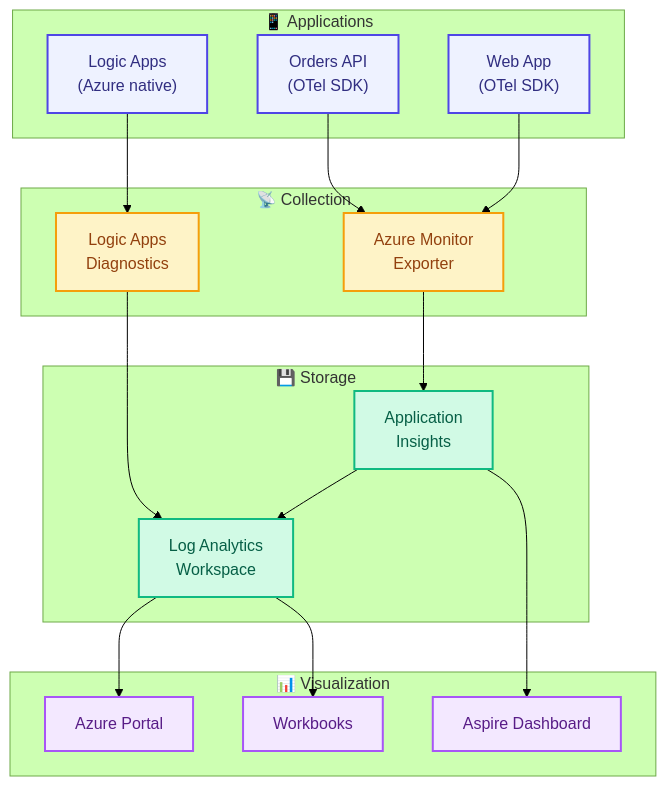
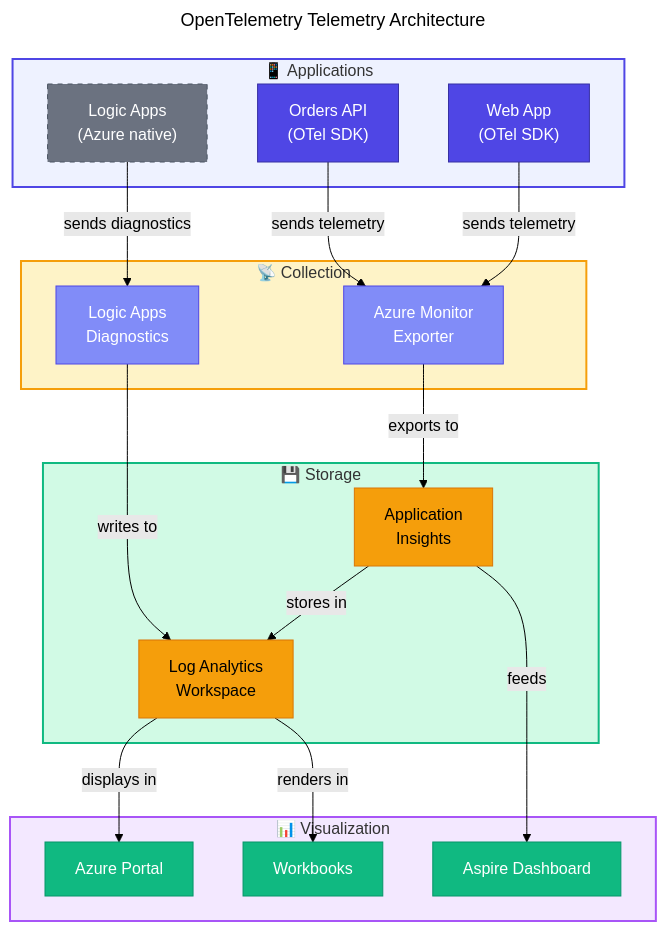
One commit to Evilazaro/Azure-LogicApps-Monitoring changed the diagram in docs/architecture/adr/ADR-003-observability-strategy.md. Above: the diagram before and after it, drawn with Mermaid (forest theme). The commit also changed 1 other file, not shown here.

Commit message:
docs: Enhance mermaid diagrams in observability strategy and solution architecture with improved titles, styling, and connections for better clarity and organization

````diff
--- a/docs/architecture/adr/ADR-003-observability-strategy.md
+++ b/docs/architecture/adr/ADR-003-observability-strategy.md
@@ -203,44 +203,63 @@
 ```mermaid
+---
+title: OpenTelemetry Telemetry Architecture
+---
 flowchart TB
+    %% ===== CLASS DEFINITIONS =====
+    classDef primary fill:#4F46E5,stroke:#3730A3,color:#FFFFFF
+    classDef secondary fill:#10B981,stroke:#059669,color:#FFFFFF
+    classDef datastore fill:#F59E0B,stroke:#D97706,color:#000000
+    classDef external fill:#6B7280,stroke:#4B5563,color:#FFFFFF,stroke-dasharray: 5 5
+    classDef failed fill:#F44336,stroke:#C62828,color:#FFFFFF
+    classDef trigger fill:#818CF8,stroke:#4F46E5,color:#FFFFFF
+    classDef decision fill:#FFFBEB,stroke:#F59E0B,color:#000000
+    classDef input fill:#F3F4F6,stroke:#6B7280,color:#000000
+
+    %% ===== APPLICATIONS LAYER =====
     subgraph Apps["📱 Applications"]
         API["Orders API<br/>(OTel SDK)"]
         Web["Web App<br/>(OTel SDK)"]
         LA["Logic Apps<br/>(Azure native)"]
     end
+    style Apps fill:#EEF2FF,stroke:#4F46E5,stroke-width:2px
 
+    %% ===== COLLECTION LAYER =====
     subgraph Collect["📡 Collection"]
         Exporter["Azure Monitor<br/>Exporter"]
         Connector["Logic Apps<br/>Diagnostics"]
     end
+    style Collect fill:#FEF3C7,stroke:#F59E0B,stroke-width:2px
 
+    %% ===== STORAGE LAYER =====
     subgraph Store["💾 Storage"]
         AI["Application<br/>Insights"]
         LAW["Log Analytics<br/>Workspace"]
     end
+    style Store fill:#D1FAE5,stroke:#10B981,stroke-width:2px
 
+    %% ===== VISUALIZATION LAYER =====
     subgraph Visualize["📊 Visualization"]
         Portal["Azure Portal"]
         Workbooks["Workbooks"]
         Dashboard["Aspire Dashboard"]
     end
+    style Visualize fill:#F3E8FF,stroke:#A855F7,stroke-width:2px
 
-    API --> Exporter
-    Web --> Exporter
-    LA --> Connector
-    Exporter --> AI
-    Connector --> LAW
-    AI --> LAW
-    LAW --> Portal
-    LAW --> Workbooks
-    AI --> Dashboard
+    %% ===== CONNECTIONS =====
+    API -->|"sends telemetry"| Exporter
+    Web -->|"sends telemetry"| Exporter
+    LA -->|"sends diagnostics"| Connector
+    Exporter -->|"exports to"| AI
+    Connector -->|"writes to"| LAW
+    AI -->|"stores in"| LAW
+    LAW -->|"displays in"| Portal
+    LAW -->|"renders in"| Workbooks
+    AI -->|"feeds"| Dashboard
 
-    classDef app fill:#EEF2FF,stroke:#4F46E5,stroke-width:2px,color:#312E81
-    classDef collect fill:#FEF3C7,stroke:#F59E0B,stroke-width:2px,color:#92400E
-    classDef store fill:#D1FAE5,stroke:#10B981,stroke-width:2px,color:#065F46
-    classDef viz fill:#F3E8FF,stroke:#A855F7,stroke-width:2px,color:#581C87
-
-    class API,Web,LA app
-    class Exporter,Connector collect
-    class AI,LAW store
-    class Portal,Workbooks,Dashboard viz
+    %% ===== NODE STYLING =====
+    class API,Web primary
+    class LA external
+    class Exporter,Connector trigger
+    class AI,LAW datastore
+    class Portal,Workbooks,Dashboard secondary
 ```
````
